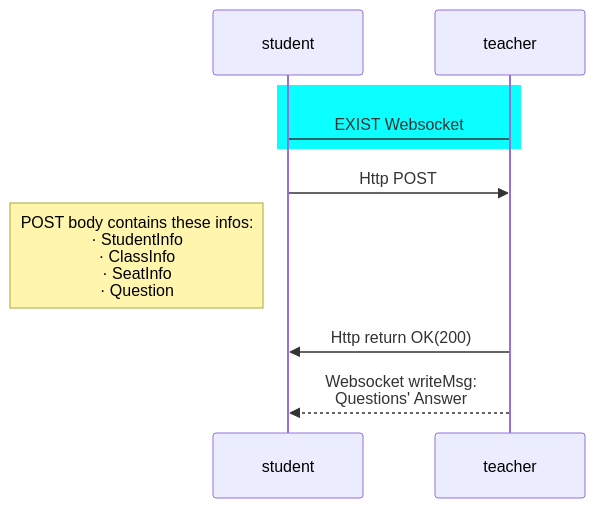
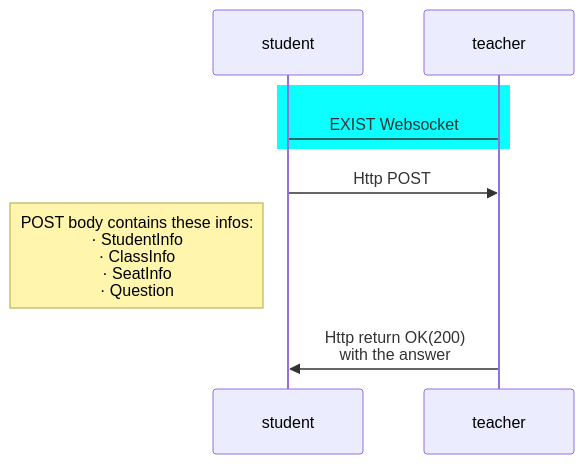
The second of 4 diagrams in architecture design.md (xylon-xiang/xylon-xiang-clientManagementSystem), drawn with Mermaid before and after one commit. The commit also changed 2 other files, not shown here.

Commit message:
update the architecture design

````diff
--- a/architecture design.md
+++ b/architecture design.md
@@ -158,15 +158,14 @@
 ```mermaid
 sequenceDiagram
 
 participant student
 participant teacher
 
 rect rgb(12,255,255)
 student -> teacher: EXIST Websocket 
 end
 
 student ->> teacher: Http POST
 note left of student: POST body contains these infos: <br> · StudentInfo <br> · ClassInfo<br>· SeatInfo <br>· Question
-teacher ->> student: Http return OK(200)
-teacher -->> student: Websocket writeMsg: <br> Questions' Answer
+teacher ->> student: Http return OK(200) <br> with the answer
 ```
````
